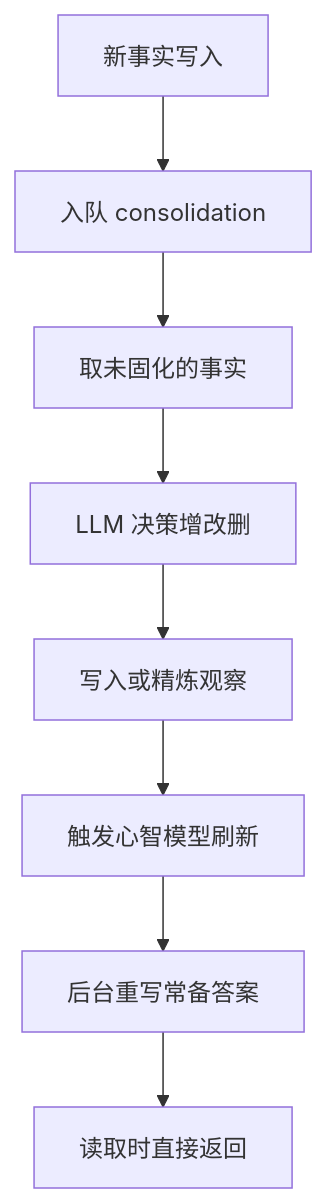
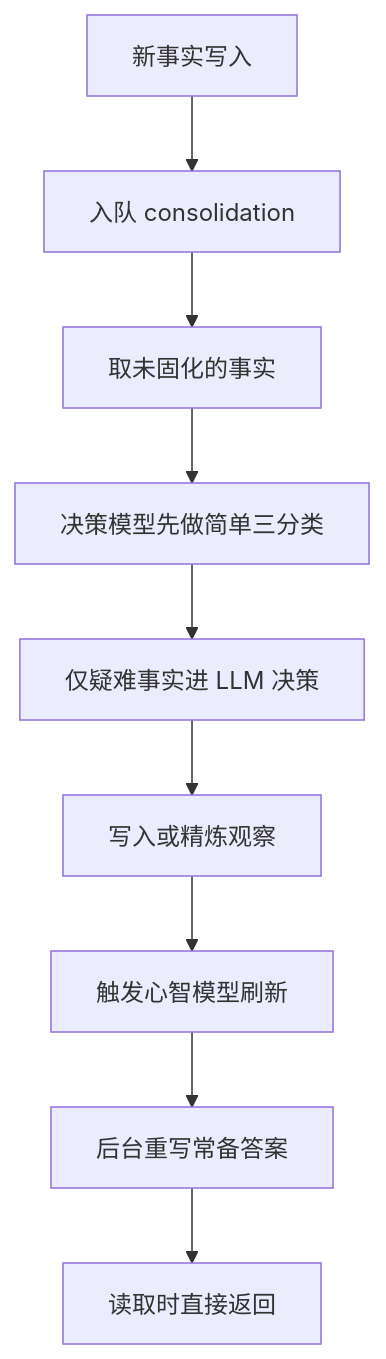
Before and after one commit to morehao/oss-insights: the diagram in ai-infra/hindsight-wiki/learning.md, drawn with Mermaid. The commit also changed other lines of this file and 8 other files, not shown here.

````diff
--- a/ai-infra/hindsight-wiki/learning.md
+++ b/ai-infra/hindsight-wiki/learning.md
@@ -19,10 +19,11 @@
 ```mermaid
 graph TD
     A[新事实写入] --> B[入队 consolidation]
     B --> C[取未固化的事实]
-    C --> D[LLM 决策增改删]
-    D --> E[写入或精炼观察]
-    E --> F[触发心智模型刷新]
-    F --> G[后台重写常备答案]
-    G --> H[读取时直接返回]
+    C --> D[决策模型先做简单三分类]
+    D --> E[仅疑难事实进 LLM 决策]
+    E --> F[写入或精炼观察]
+    F --> G[触发心智模型刷新]
+    G --> H[后台重写常备答案]
+    H --> I[读取时直接返回]
 ```
````
